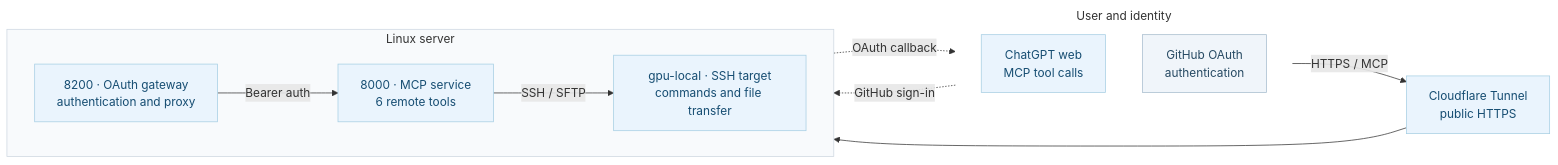
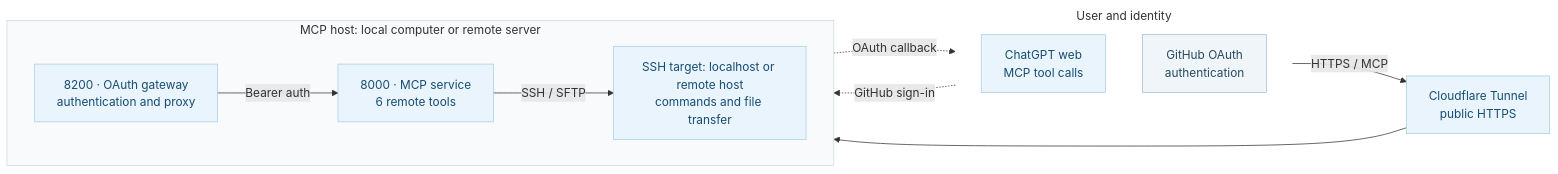
Before and after one commit to Double-wk/ChatGPT-MCP-Bridge: the diagram in README.en.md, drawn with Mermaid. The commit also changed other lines of this file and 1 other file, not shown here.

Commit message:
docs: cover local and remote setups; preserve stable v1 history

````diff
--- a/README.en.md
+++ b/README.en.md
@@ -40,30 +40,30 @@
 ```mermaid
 flowchart LR
     subgraph EXTERNAL["User and identity"]
         direction TB
         CHAT["ChatGPT web<br/>MCP tool calls"]
         GH["GitHub OAuth<br/>authentication"]
     end
 
     CF["Cloudflare Tunnel<br/>public HTTPS"]
-    subgraph SERVER["Linux server"]
+    subgraph HOST["MCP host: local computer or remote server"]
         direction LR
         GW["8200 · OAuth gateway<br/>authentication and proxy"]
         MCP["8000 · MCP service<br/>6 remote tools"]
-        SSH["gpu-local · SSH target<br/>commands and file transfer"]
+        SSH["SSH target: localhost or remote host<br/>commands and file transfer"]
         GW -->|"Bearer auth"| MCP
         MCP -->|"SSH / SFTP"| SSH
     end
 
     CHAT -->|"HTTPS / MCP"| CF
     CF --> GW
     GH -. "GitHub sign-in" .-> GW
     GW -. "OAuth callback" .-> GH
 
     classDef main fill:#EAF4FD,stroke:#A6CEE3,color:#164D72,stroke-width:1px;
     classDef oauth fill:#F0F5FA,stroke:#A6BCCD,color:#274A63,stroke-width:1px;
     class CHAT,CF,GW,MCP,SSH main;
     class GH oauth;
-    style SERVER fill:#F8FAFC,stroke:#CDD7E1,stroke-width:1px
+    style HOST fill:#F8FAFC,stroke:#CDD7E1,stroke-width:1px
     style EXTERNAL fill:transparent,stroke:transparent
 ```
````
